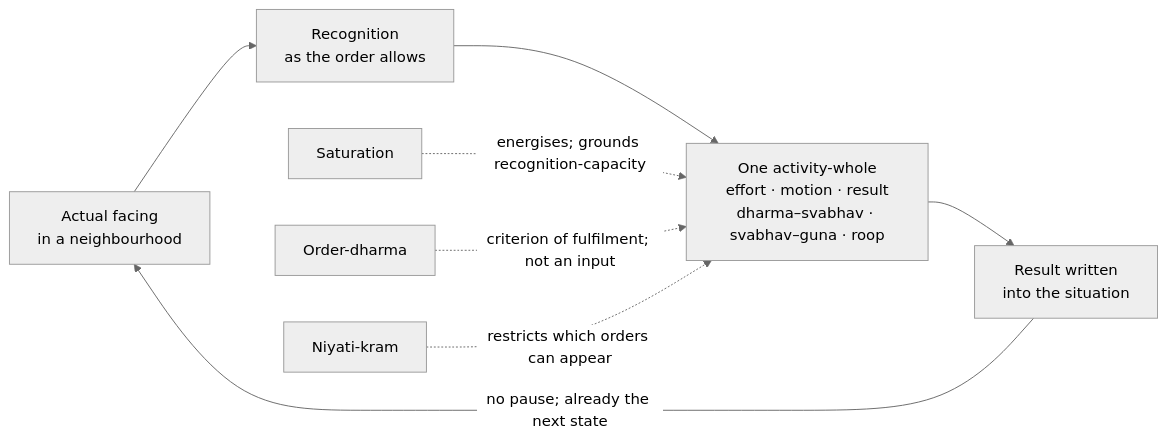
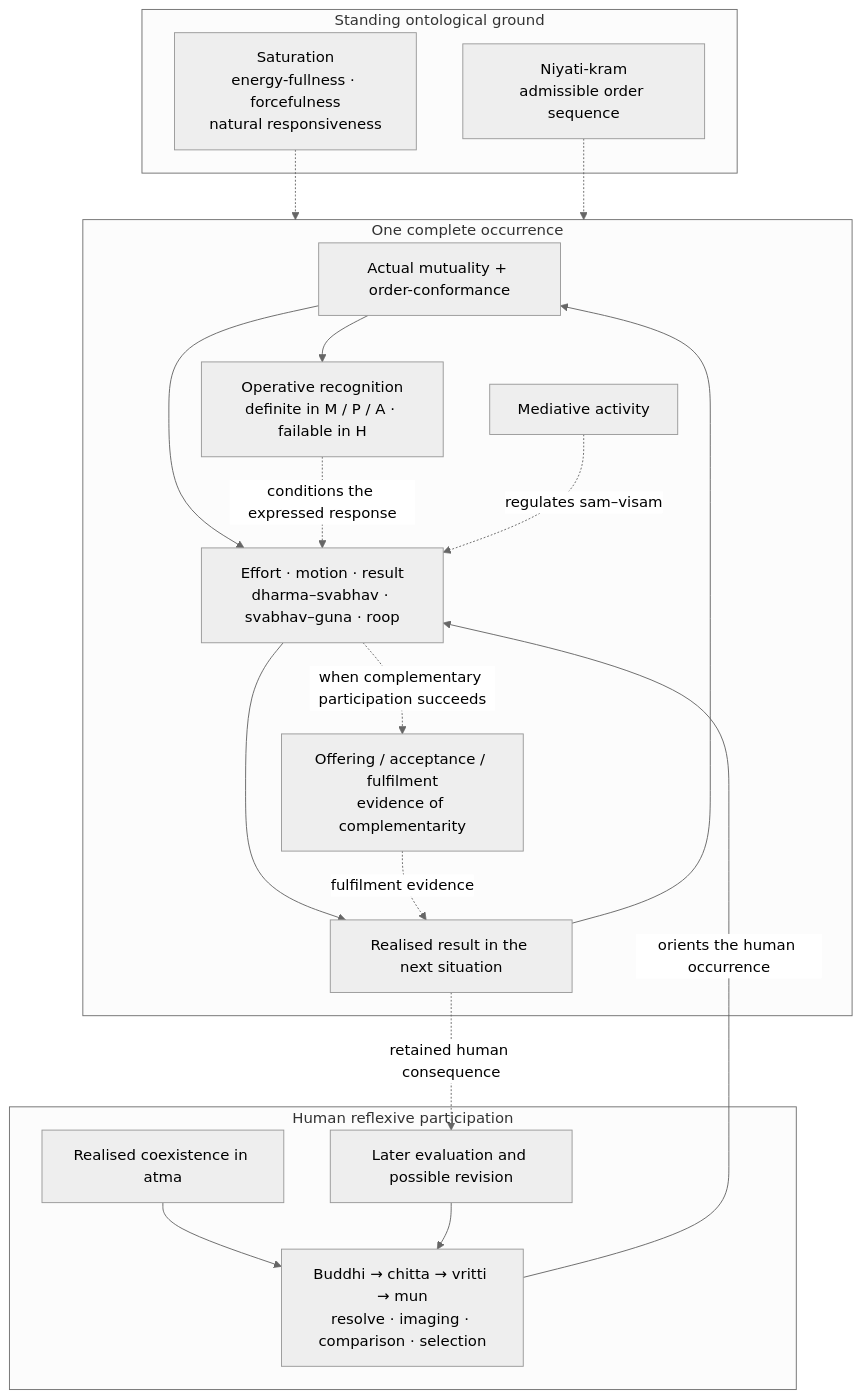
The seventh of 7 diagrams in Studies/A-State-Dynamic-Model-Of-Coexistence/A-State-Dynamic-Model-Of-Coexistence.md (raghavamohan/AnalyticMadhyasthDarshan), drawn with Mermaid (neutral theme) before and after one commit. The commit also changed other lines of this file and 7 other files, not shown here.

````diff
--- a/Studies/A-State-Dynamic-Model-Of-Coexistence/A-State-Dynamic-Model-Of-Coexistence.md
+++ b/Studies/A-State-Dynamic-Model-Of-Coexistence/A-State-Dynamic-Model-Of-Coexistence.md
@@ -637,10 +639,25 @@
 ```mermaid
-flowchart LR
-    FACE["Actual facing<br/>in a neighbourhood"] --> RECOG["Recognition<br/>as the order allows"]
-    RECOG --> EXPR["One activity-whole<br/>effort · motion · result<br/>dharma–svabhav · svabhav–guna · roop"]
-    EXPR --> WRITE["Result written<br/>into the situation"]
-    WRITE -->|"no pause; already the next state"| FACE
-    SATTA["Saturation"] -.->|"energises; grounds recognition-capacity"| EXPR
-    DH["Order-dharma"] -.->|"criterion of fulfilment; not an input"| EXPR
-    NK["Niyati-kram"] -.->|"restricts which orders can appear"| EXPR
+flowchart TB
+    subgraph GROUND["Standing ontological ground"]
+      SAT["Saturation<br/>energy-fullness · forcefulness<br/>natural responsiveness"]
+      NK["Niyati-kram<br/>admissible order sequence"]
+    end
+    subgraph OCC["One complete occurrence"]
+      REL["Actual mutuality + order-conformance"] --> ACT["Effort · motion · result<br/>dharma–svabhav · svabhav–guna · roop"]
+      REL --> REC["Operative recognition<br/>definite in M / P / A · failable in H"]
+      REC -.->|"conditions the expressed response"| ACT
+      ACT --> NEXT["Realised result in the next situation"]
+      ACT -.->|"when complementary participation succeeds"| FUL["Offering / acceptance / fulfilment<br/>evidence of complementarity"]
+      MED["Mediative activity"] -.->|"regulates sam–visam"| ACT
+      FUL -.->|"fulfilment evidence"| NEXT
+      NEXT --> REL
+    end
+    subgraph HUMAN["Human reflexive participation"]
+      REAL["Realised coexistence in atma"] --> FAC["Buddhi → chitta → vritti → mun<br/>resolve · imaging · comparison · selection"]
+      EVAL["Later evaluation and possible revision"] --> FAC
+    end
+    SAT -.-> OCC
+    NK -.-> OCC
+    FAC -->|"orients the human occurrence"| ACT
+    NEXT -.->|"retained human consequence"| EVAL
 ```
````
